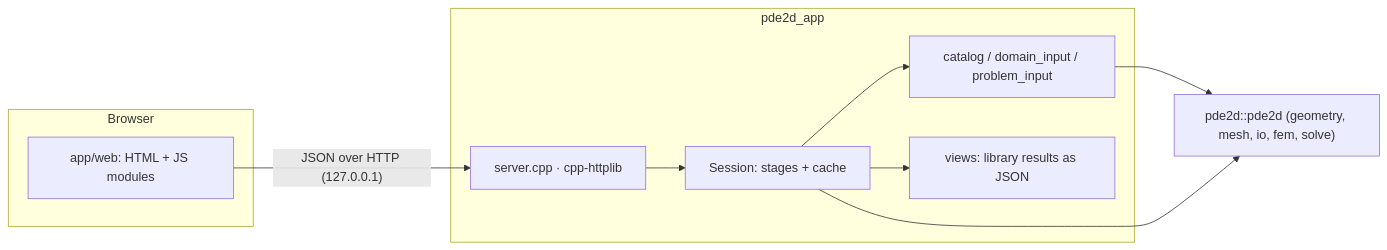
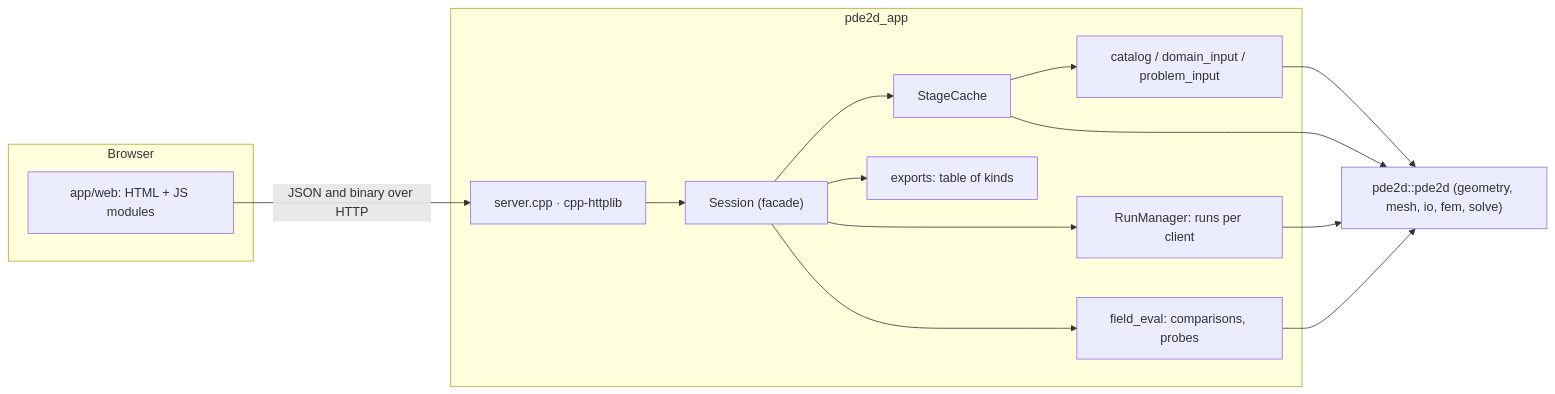
One commit to dmglushko/2d-pde changed the diagram in docs/app.md. Above: the diagram before and after it, drawn with Mermaid. The commit also changed other lines of this file and 5 other files, not shown here.

````diff
--- a/docs/app.md
+++ b/docs/app.md
@@ -15,20 +16,28 @@
 ```mermaid
 flowchart LR
     subgraph Browser
         PAGE["app/web: HTML + JS modules"]
     end
     subgraph pde2d_app
         SERVER["server.cpp · cpp-httplib"]
-        SESSION["Session: stages + cache"]
+        SESSION["Session (facade)"]
+        CACHE["StageCache"]
+        RUNS["RunManager: runs per client"]
+        EVAL["field_eval: comparisons, probes"]
+        EXPORTS["exports: table of kinds"]
         INPUT["catalog / domain_input / problem_input"]
-        VIEWS["views: library results as JSON"]
     end
     LIB["pde2d::pde2d (geometry, mesh, io, fem, solve)"]
 
-    PAGE -- "JSON over HTTP (127.0.0.1)" --> SERVER
+    PAGE -- "JSON and binary over HTTP" --> SERVER
     SERVER --> SESSION
-    SESSION --> INPUT
-    SESSION --> VIEWS
+    SESSION --> CACHE
+    SESSION --> RUNS
+    SESSION --> EVAL
+    SESSION --> EXPORTS
+    CACHE --> INPUT
     INPUT --> LIB
-    SESSION --> LIB
+    CACHE --> LIB
+    RUNS --> LIB
+    EVAL --> LIB
 ```
````
